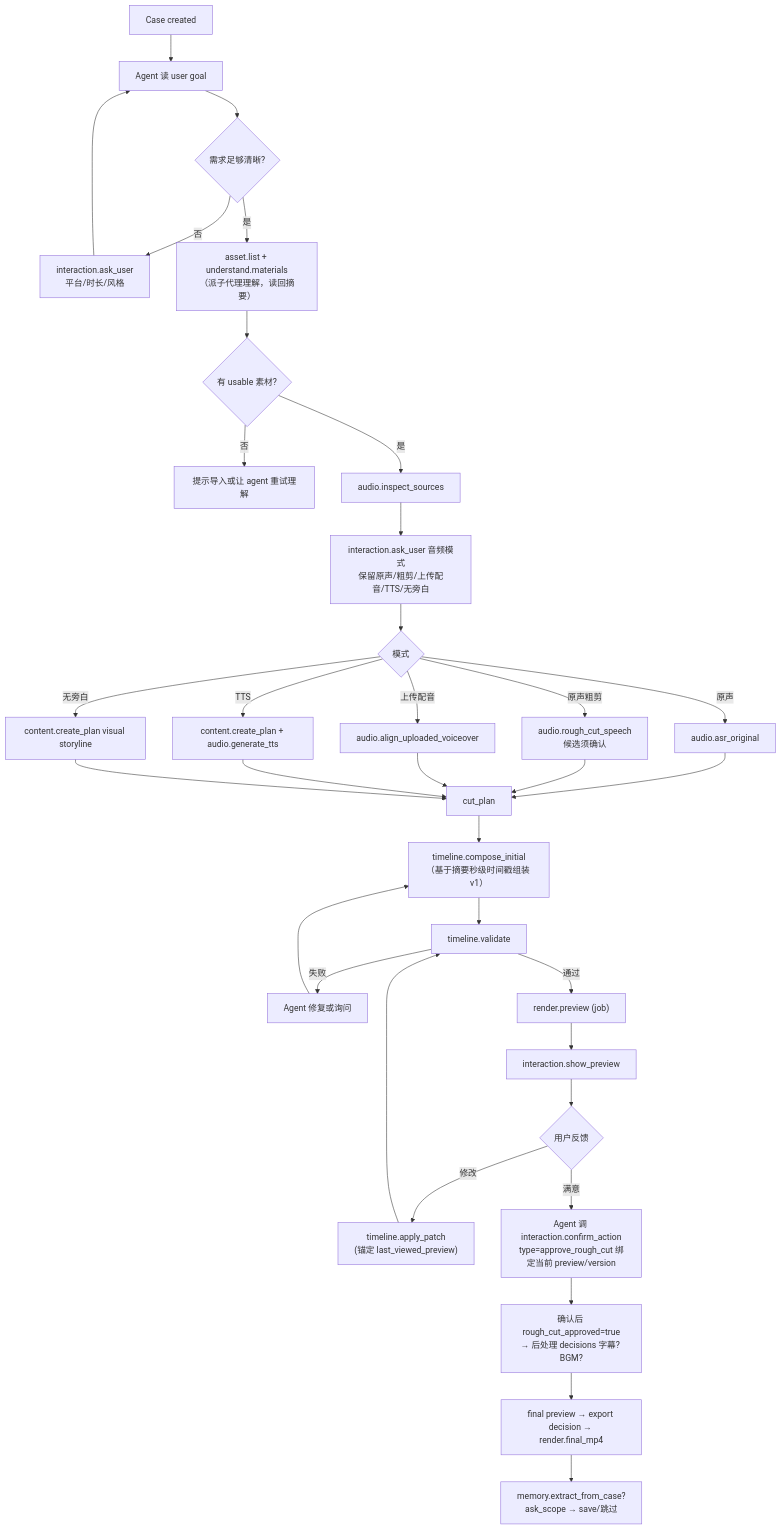
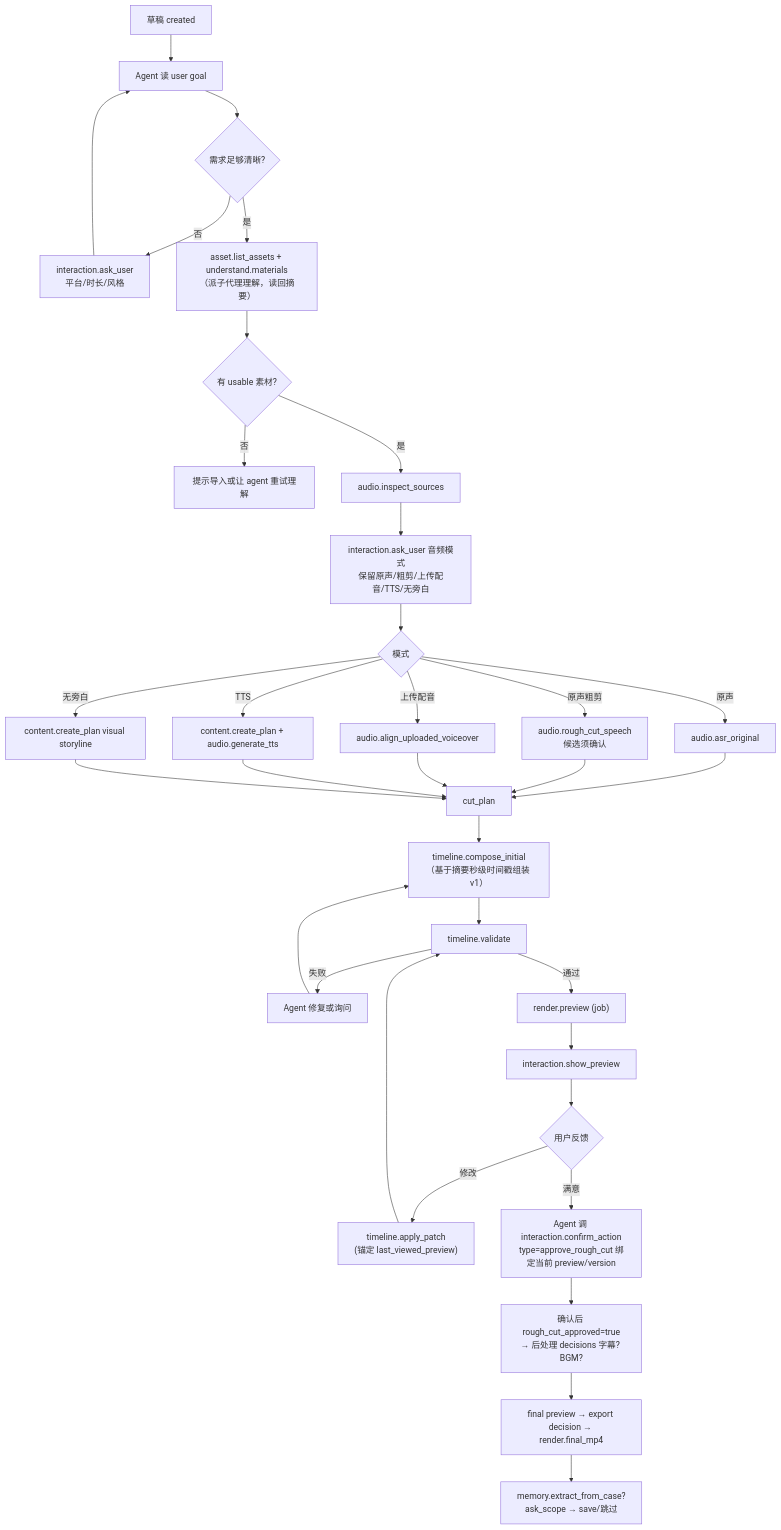
Before and after one commit to nanzhi84/Rushes: diagram 13 of 23 in PRD.md, drawn with Mermaid. The commit also changed other lines of this file and 185 other files, not shown here.

````diff
--- a/PRD.md
+++ b/PRD.md
@@ -959,30 +934,30 @@
 ```mermaid
 flowchart TB
-  A["Case created"] --> B["Agent 读 user goal"]
+  A["草稿 created"] --> B["Agent 读 user goal"]
   B --> C{"需求足够清晰?"}
   C -->|否| D["interaction.ask_user<br/>平台/时长/风格"]
   D --> B
-  C -->|是| E["asset.list + understand.materials<br/>（派子代理理解，读回摘要）"]
+  C -->|是| E["asset.list_assets + understand.materials<br/>（派子代理理解，读回摘要）"]
   E --> F{"有 usable 素材?"}
   F -->|否| G["提示导入或让 agent 重试理解"]
   F -->|是| H["audio.inspect_sources"]
   H --> I["interaction.ask_user 音频模式<br/>保留原声/粗剪/上传配音/TTS/无旁白"]
   I --> J{"模式"}
   J -->|原声| K["audio.asr_original"]
   J -->|原声粗剪| L["audio.rough_cut_speech<br/>候选须确认"]
   J -->|上传配音| M["audio.align_uploaded_voiceover"]
   J -->|TTS| N["content.create_plan + audio.generate_tts"]
   J -->|无旁白| O["content.create_plan visual storyline"]
   K & L & M & N & O --> P["cut_plan"]
   P --> R["timeline.compose_initial<br/>（基于摘要秒级时间戳组装 v1）"]
   R --> S["timeline.validate"]
   S -->|失败| T["Agent 修复或询问"] --> R
   S -->|通过| U["render.preview (job)"]
   U --> V["interaction.show_preview"]
   V --> W{"用户反馈"}
   W -->|修改| X["timeline.apply_patch<br/>(锚定 last_viewed_preview)"] --> S
   W -->|满意| Y2["Agent 调 interaction.confirm_action<br/>type=approve_rough_cut 绑定当前 preview/version"]
   Y2 --> Y["确认后 rough_cut_approved=true<br/>→ 后处理 decisions 字幕? BGM?"]
   Y --> Z["final preview → export decision → render.final_mp4"]
   Z --> AA["memory.extract_from_case?<br/>ask_scope → save/跳过"]
 ```
````
